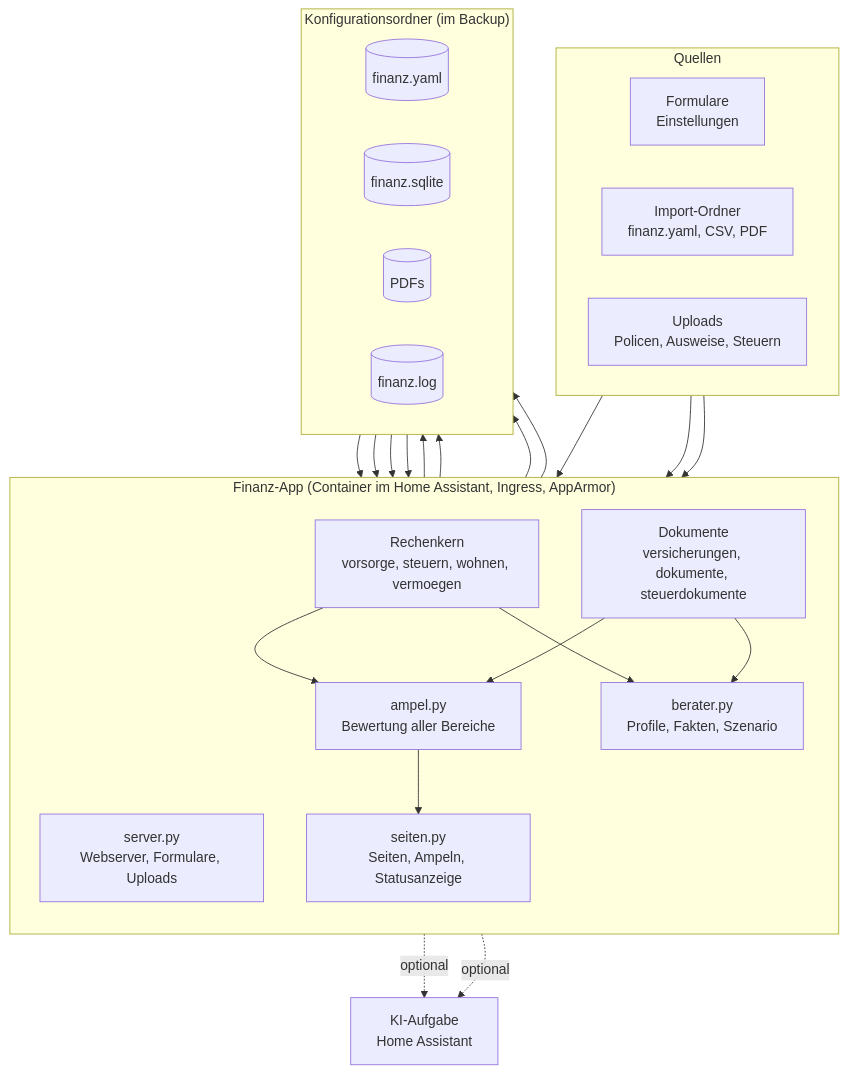
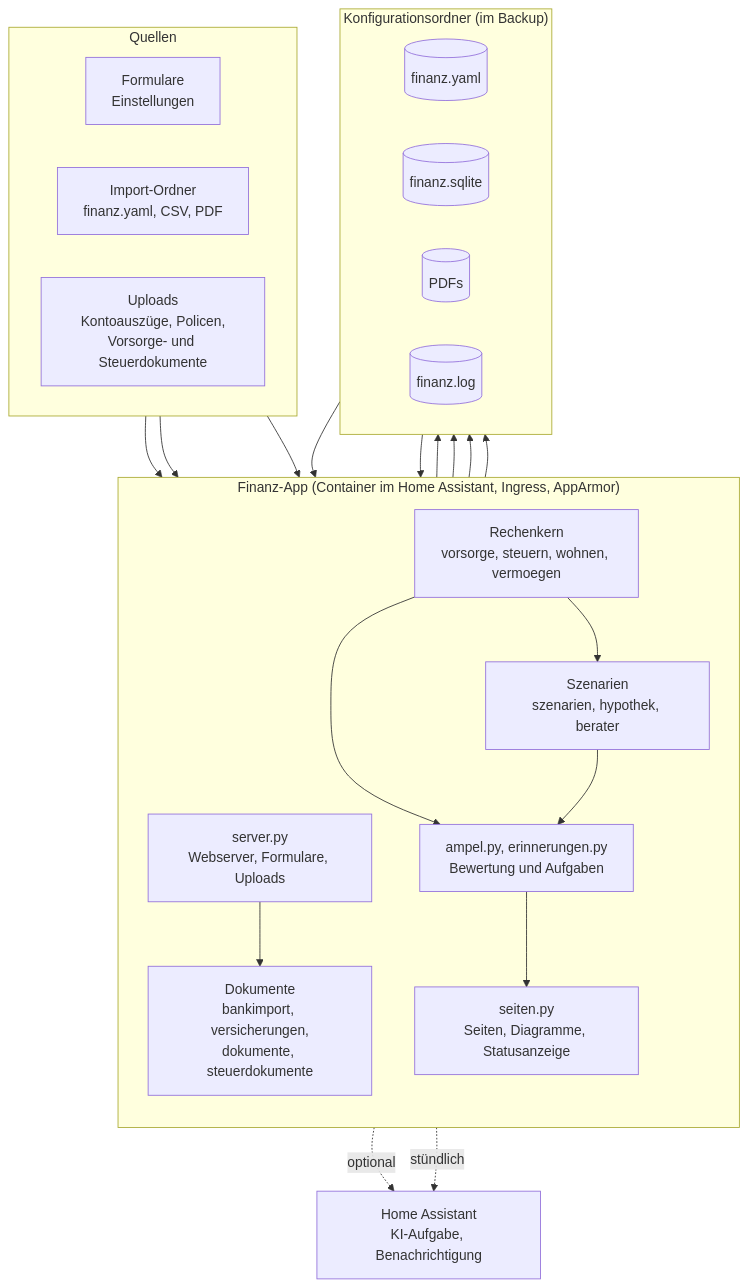
One commit to khu1985/finanz-ha changed the first of 7 diagrams in README.md. Above: the diagram before and after it, drawn with Mermaid. The commit also changed other lines of this file and 15 other files, not shown here.

Commit message:
Doku: Diagramme (Architektur, Rechenmodell, Dokumente, Prozess) als SVG mit Mermaid-Quelle

````diff
--- a/README.md
+++ b/README.md
@@ -47,32 +51,34 @@
 ```mermaid
 flowchart TB
     subgraph Quellen
         direction LR
         F["Formulare<br/>Einstellungen"]
         I["Import-Ordner<br/>finanz.yaml, CSV, PDF"]
-        U["Uploads<br/>Policen, Ausweise, Steuern"]
+        U["Uploads<br/>Kontoauszüge, Policen,<br/>Vorsorge- und Steuerdokumente"]
     end
     subgraph App["Finanz-App (Container im Home Assistant, Ingress, AppArmor)"]
         direction TB
         S["server.py<br/>Webserver, Formulare, Uploads"]
-        SE["seiten.py<br/>Seiten, Ampeln, Statusanzeige"]
+        D["Dokumente<br/>bankimport, versicherungen,<br/>dokumente, steuerdokumente"]
         K["Rechenkern<br/>vorsorge, steuern, wohnen, vermoegen"]
-        D["Dokumente<br/>versicherungen, dokumente, steuerdokumente"]
-        B["berater.py<br/>Profile, Fakten, Szenario"]
-        A["ampel.py<br/>Bewertung aller Bereiche"]
+        Z["Szenarien<br/>szenarien, hypothek, berater"]
+        A["ampel.py, erinnerungen.py<br/>Bewertung und Aufgaben"]
+        SE["seiten.py<br/>Seiten, Diagramme, Statusanzeige"]
     end
     subgraph Daten["Konfigurationsordner (im Backup)"]
         direction LR
         Y[("finanz.yaml")]
         DB[("finanz.sqlite")]
         P[("PDFs")]
         L[("finanz.log")]
     end
-    KI["KI-Aufgabe<br/>Home Assistant"]
+    HA["Home Assistant<br/>KI-Aufgabe, Benachrichtigung"]
     F & I & U --> S
-    S --> Y & DB & P
-    Y & DB --> K & D --> A --> SE
-    K & D --> B
-    B & D -. optional .-> KI
+    S --> D --> DB & P
+    S --> Y
+    Y & DB --> K --> Z
+    K & Z --> A --> SE
+    Z -. optional .-> HA
+    A -. stündlich .-> HA
     S --> L
 ```
````
